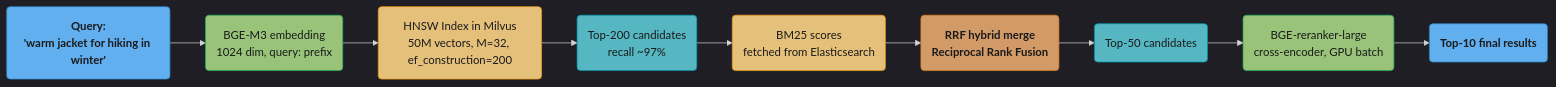
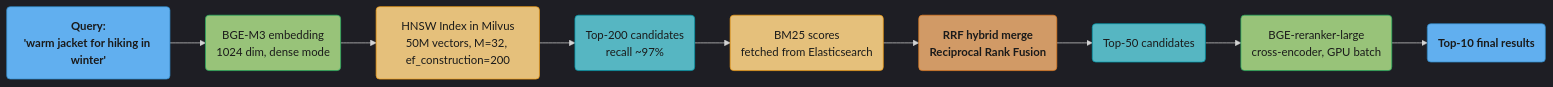
One commit to rppol/system-design changed the fifth of 5 diagrams in src/main/java/com/rutik/systemdesign/llm/embeddings_and_similarity_search/README.md. Above: the diagram before and after it, drawn with Mermaid. The commit also changed other lines of this file and 113 other files, not shown here.

````diff
--- a/src/main/java/com/rutik/systemdesign/llm/embeddings_and_similarity_search/README.md
+++ b/src/main/java/com/rutik/systemdesign/llm/embeddings_and_similarity_search/README.md
@@ -769,26 +776,26 @@
 ```mermaid
 %%{init: {'flowchart': {'curve': 'basis'}, 'theme': 'dark'}}%%
 flowchart LR
     classDef io      fill:#61afef,stroke:#2e86c1,color:#1a1a1a,font-weight:bold
     classDef frozen  fill:#c678dd,stroke:#9b59b6,color:#fff
     classDef train   fill:#98c379,stroke:#27ae60,color:#1a1a1a
     classDef mathOp  fill:#d19a66,stroke:#e67e22,color:#1a1a1a,font-weight:bold
     classDef lossN   fill:#e06c75,stroke:#c0392b,color:#fff,font-weight:bold
     classDef req     fill:#56b6c2,stroke:#0097a7,color:#1a1a1a
     classDef base    fill:#e5c07b,stroke:#f39c12,color:#1a1a1a
 
-    Q("Query:<br/>'warm jacket for hiking in winter'") --> EMB(BGE-M3 embedding<br/>1024 dim, query: prefix)
+    Q("Query:<br/>'warm jacket for hiking in winter'") --> EMB(BGE-M3 embedding<br/>1024 dim, dense mode)
     EMB --> IDX(HNSW Index in Milvus<br/>50M vectors, M=32, ef_construction=200)
     IDX --> C200(Top-200 candidates<br/>recall ~97%)
     C200 --> BM25(BM25 scores<br/>fetched from Elasticsearch)
     BM25 --> RRF(RRF hybrid merge<br/>Reciprocal Rank Fusion)
     RRF --> C50(Top-50 candidates)
     C50 --> RR(BGE-reranker-large<br/>cross-encoder, GPU batch)
     RR --> TOP10(Top-10 final results)
 
     class Q,TOP10 io
     class EMB,RR train
     class IDX,BM25 base
     class C200,C50 req
     class RRF mathOp
 ```
````
